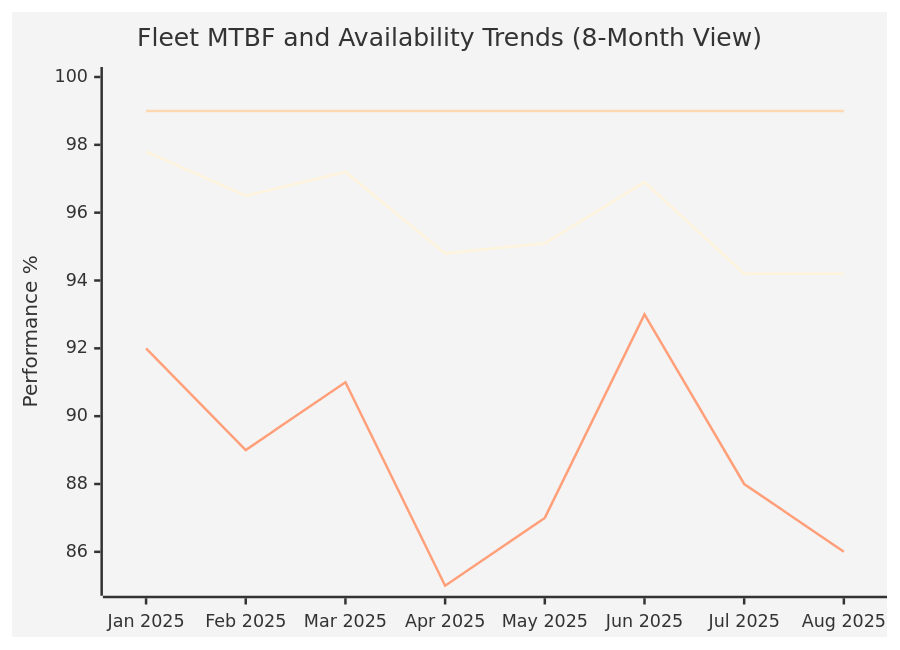
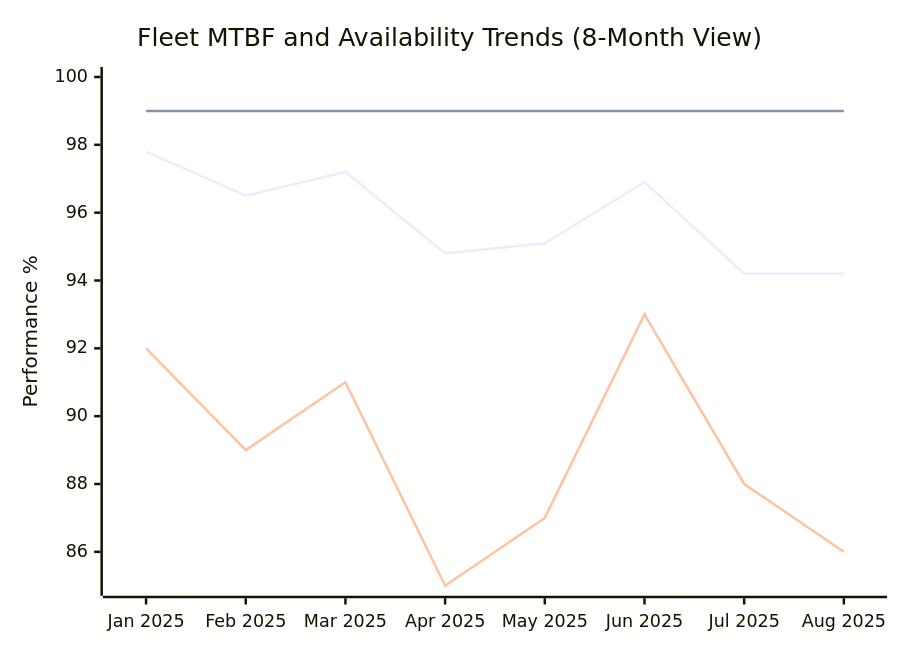
One commit to StephanieHepp/Risk-Assessment changed the sixth of 10 diagrams in overview_risk_assessment_report_cip.md. Above: the diagram before and after it, drawn with Mermaid.

````diff
--- a/overview_risk_assessment_report_cip.md
+++ b/overview_risk_assessment_report_cip.md
@@ -150,10 +150,15 @@
 ```mermaid
-%%{init: {'theme':'base', 'themeVariables': {'primaryColor':'#fff', 'secondaryColor':'#000'}}}%%
+%%{init: {
+  "theme": "base",
+  "themeVariables": {
+    "background": "#ffffff"   /* Weißer Hintergrund */
+  }
+}}%%
 xychart-beta
     title "Fleet MTBF and Availability Trends (8-Month View)"
     x-axis ["Jan 2025", "Feb 2025", "Mar 2025", "Apr 2025", "May 2025", "Jun 2025", "Jul 2025", "Aug 2025"]
     y-axis "Performance %" 85 --> 100
     line "Fleet Availability" [97.8, 96.5, 97.2, 94.8, 95.1, 96.9, 94.2, 94.2]
     line "Target Availability (99%)" [99, 99, 99, 99, 99, 99, 99, 99]
     line "MTBF Index (Scaled)" [92, 89, 91, 85, 87, 93, 88, 86]
 ```
````
